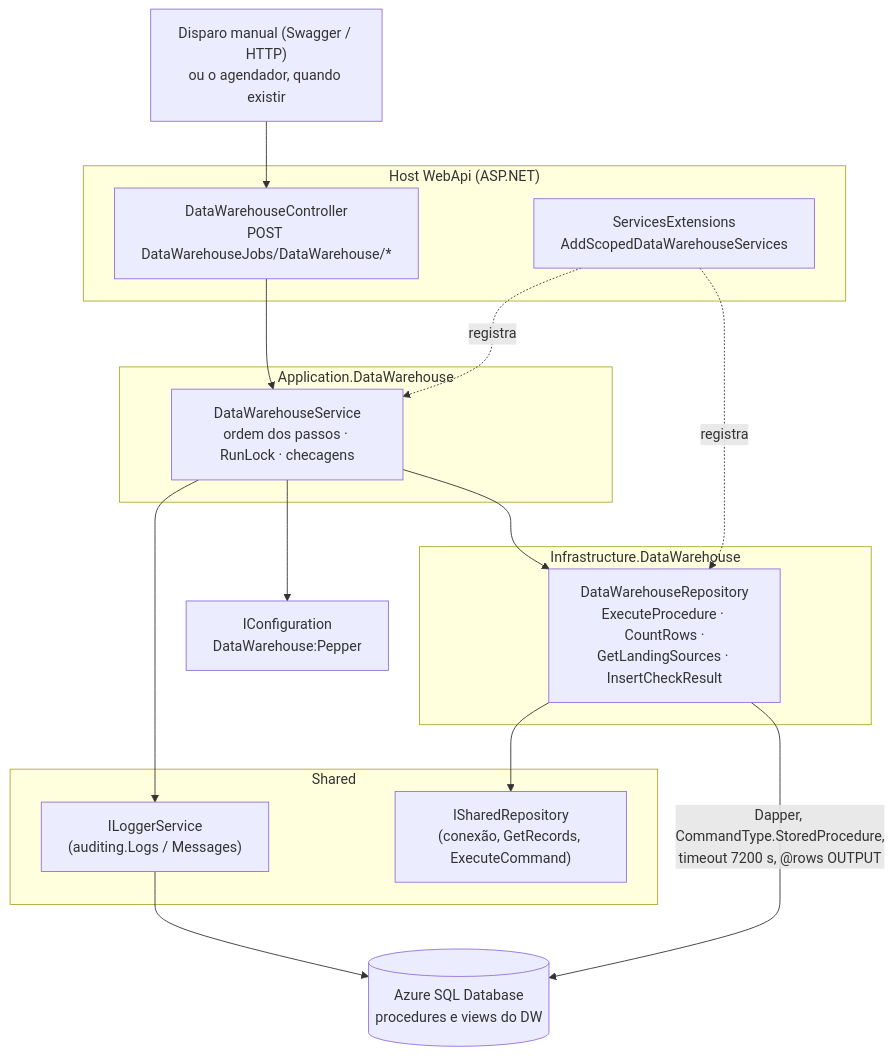
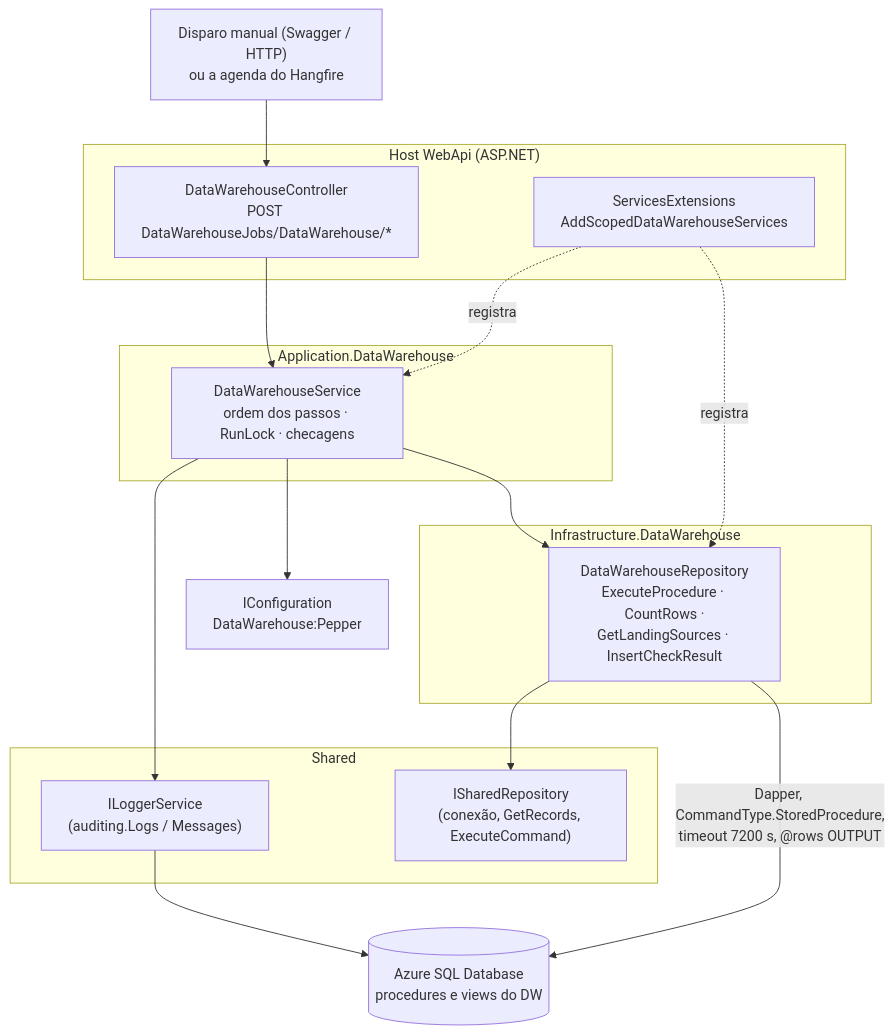
One commit to cayo-kume/extract-transform-load-integrations-system changed the second of 13 diagrams in src/Backend/Modules/DataWarehouse/docs/DATAWAREHOUSE-FUNCIONAMENTO-E-FLUXO.md. Above: the diagram before and after it, drawn with Mermaid. The commit also changed other lines of this file and 86 other files, not shown here.

````diff
--- a/src/Backend/Modules/DataWarehouse/docs/DATAWAREHOUSE-FUNCIONAMENTO-E-FLUXO.md
+++ b/src/Backend/Modules/DataWarehouse/docs/DATAWAREHOUSE-FUNCIONAMENTO-E-FLUXO.md
@@ -83,36 +83,36 @@
 ```mermaid
 flowchart TB
-    CALLER["Disparo manual (Swagger / HTTP)<br/>ou o agendador, quando existir"]
+    CALLER["Disparo manual (Swagger / HTTP)<br/>ou a agenda do Hangfire"]
 
     subgraph HOST["Host WebApi (ASP.NET)"]
         CTRL["DataWarehouseController<br/>POST DataWarehouseJobs/DataWarehouse/*"]
         DI["ServicesExtensions<br/>AddScopedDataWarehouseServices"]
     end
 
     subgraph APP["Application.DataWarehouse"]
         SVC["DataWarehouseService<br/>ordem dos passos · RunLock · checagens"]
     end
 
     subgraph SHARED["Shared"]
         LOG["ILoggerService<br/>(auditing.Logs / Messages)"]
         SREPO["ISharedRepository<br/>(conexão, GetRecords, ExecuteCommand)"]
     end
 
     subgraph INFRA["Infrastructure.DataWarehouse"]
         REPO["DataWarehouseRepository<br/>ExecuteProcedure · CountRows ·<br/>GetLandingSources · InsertCheckResult"]
     end
 
     CONF["IConfiguration<br/>DataWarehouse:Pepper"]
     DB[("Azure SQL Database<br/>procedures e views do DW")]
 
     CALLER --> CTRL
     DI -.registra.-> SVC
     DI -.registra.-> REPO
     CTRL --> SVC
     SVC --> LOG
     SVC --> CONF
     SVC --> REPO
     REPO --> SREPO
     REPO -->|"Dapper, CommandType.StoredProcedure,<br/>timeout 7200 s, @rows OUTPUT"| DB
     LOG --> DB
 ```
````
